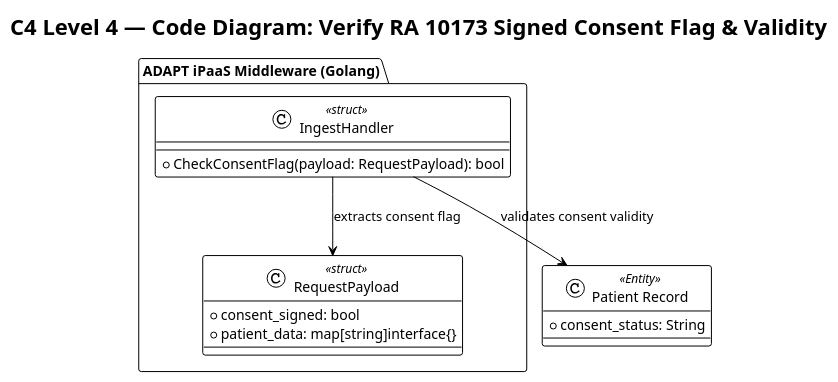
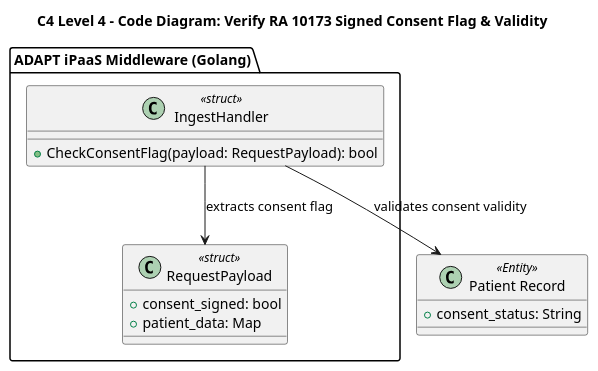
Before and after one commit to Vince0028/WAH4PCE-MERGE-CONFLICT: the diagram in diagrams/c4_diagram/code_diagram/granular_code_diagram/uc_verify_ra10173_signed_consent.puml, drawn with PlantUML. The commit also changed 16 other files, not shown here.

Commit message:
docs: add C4 Level 4 code architecture PlantUML diagrams for system use cases

```diff
--- a/diagrams/c4_diagram/code_diagram/granular_code_diagram/uc_verify_ra10173_signed_consent.puml
+++ b/diagrams/c4_diagram/code_diagram/granular_code_diagram/uc_verify_ra10173_signed_consent.puml
@@ -1,23 +1,22 @@
 @startuml UC_Verify_RA10173_Signed_Consent
-!theme plain
-title C4 Level 4 — Code Diagram: Verify RA 10173 Signed Consent Flag & Validity
+title C4 Level 4 - Code Diagram: Verify RA 10173 Signed Consent Flag & Validity
 
 package "ADAPT iPaaS Middleware (Golang)" {
     class IngestHandler <<struct>> {
         + CheckConsentFlag(payload: RequestPayload): bool
     }
     
     class RequestPayload <<struct>> {
         + consent_signed: bool
-        + patient_data: map[string]interface{}
+        + patient_data: Map
     }
 }
 
 class "Patient Record" as PatientRecord <<Entity>> {
     + consent_status: String
 }
 
 IngestHandler --> RequestPayload : extracts consent flag
 IngestHandler --> PatientRecord : validates consent validity
 
 @enduml
```
